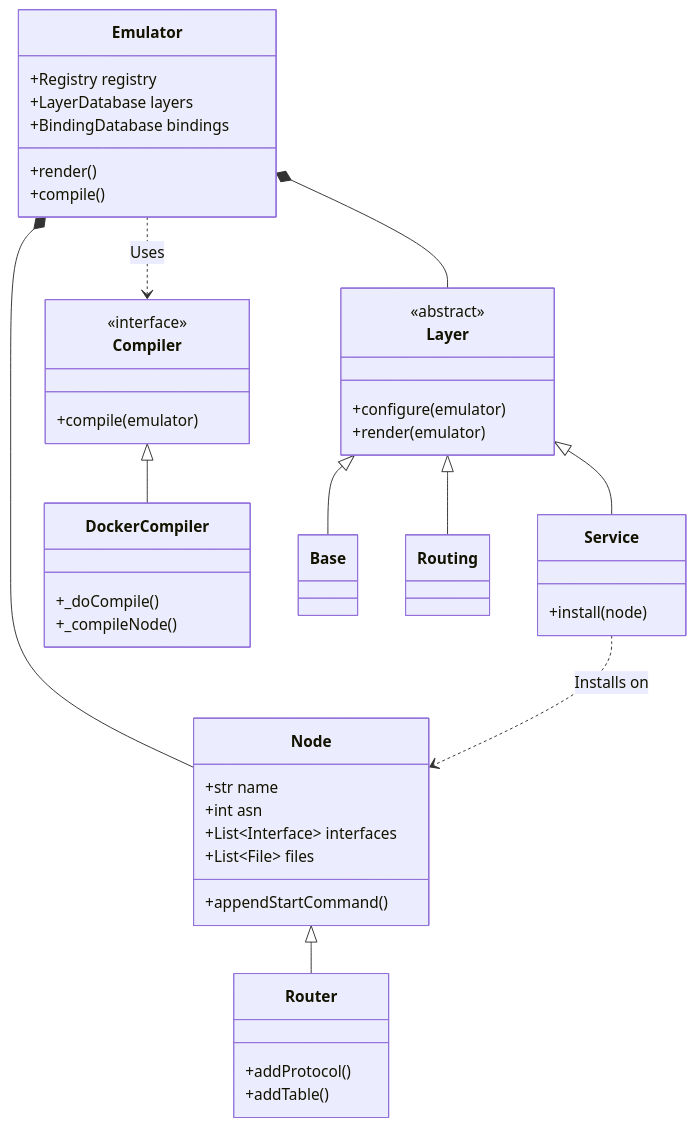
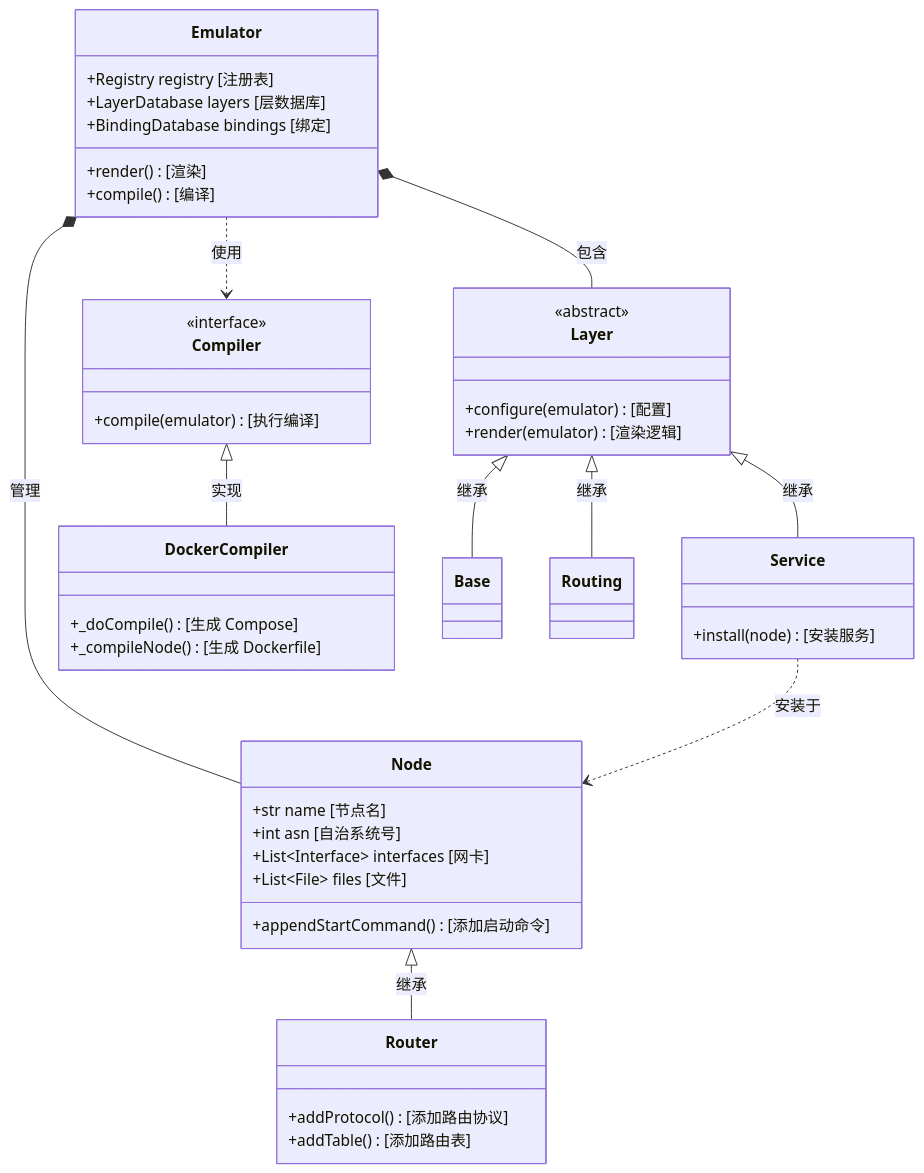
One commit to Anchorite-no/seed-emulator changed the second of 3 diagrams in SEED_EMULATOR_DEEP_DIVE.md. Above: the diagram before and after it, drawn with Mermaid. The commit also changed other lines of this file, not shown here.

First line of the commit message:
Finalize SEED Emulator Whitepaper with deep principles and code audit

````diff
--- a/SEED_EMULATOR_DEEP_DIVE.md
+++ b/SEED_EMULATOR_DEEP_DIVE.md
@@ -11,53 +79,53 @@
 ```mermaid
 classDiagram
     class Emulator {
-        +Registry registry
-        +LayerDatabase layers
-        +BindingDatabase bindings
-        +render()
-        +compile()
+        +Registry registry [注册表]
+        +LayerDatabase layers [层数据库]
+        +BindingDatabase bindings [绑定]
+        +render() [渲染]
+        +compile() [编译]
     }
 
     class Layer {
         <<abstract>>
-        +configure(emulator)
-        +render(emulator)
+        +configure(emulator) [配置]
+        +render(emulator) [渲染逻辑]
     }
 
     class Service {
-        +install(node)
+        +install(node) [安装服务]
     }
 
     class Node {
-        +str name
-        +int asn
-        +List~Interface~ interfaces
-        +List~File~ files
-        +appendStartCommand()
+        +str name [节点名]
+        +int asn [自治系统号]
+        +List~Interface~ interfaces [网卡]
+        +List~File~ files [文件]
+        +appendStartCommand() [添加启动命令]
     }
 
     class Router {
-        +addProtocol()
-        +addTable()
+        +addProtocol() [添加路由协议]
+        +addTable() [添加路由表]
     }
 
     class Compiler {
         <<interface>>
-        +compile(emulator)
+        +compile(emulator) [执行编译]
     }
 
     class DockerCompiler {
-        +_doCompile()
-        +_compileNode()
+        +_doCompile() [生成 Compose]
+        +_compileNode() [生成 Dockerfile]
     }
 
-    Emulator *-- Layer
-    Emulator *-- Node
-    Layer <|-- Service
-    Layer <|-- Base
-    Layer <|-- Routing
-    Node <|-- Router
-    Service ..> Node : Installs on
-    Emulator ..> Compiler : Uses
-    Compiler <|-- DockerCompiler
+    Emulator *-- Layer : 包含
+    Emulator *-- Node : 管理
+    Layer <|-- Service : 继承
+    Layer <|-- Base : 继承
+    Layer <|-- Routing : 继承
+    Node <|-- Router : 继承
+    Service ..> Node : 安装于
+    Emulator ..> Compiler : 使用
+    Compiler <|-- DockerCompiler : 实现
 ```
````
